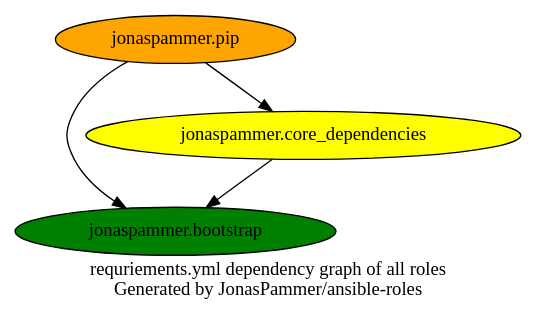
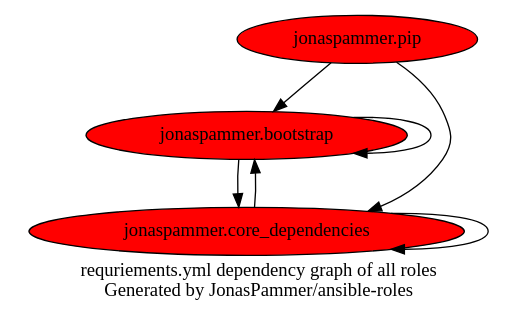
One commit to JonasPammer/ansible-roles changed the diagram in graphs/dependencies_ALL.dot. Above: the diagram before and after it, drawn with Graphviz.

Commit message:
chore: re-generate

```diff
--- a/graphs/dependencies_ALL.dot
+++ b/graphs/dependencies_ALL.dot
@@ -1,17 +1,18 @@
 digraph hierarchy {
   label = "requriements.yml dependency graph of all roles \n Generated by JonasPammer/ansible-roles" ;
 
   {
 
-    "jonaspammer.bootstrap" [fillcolor=green style=filled]
+    "jonaspammer.bootstrap" [fillcolor=red style=filled]
 
-    "jonaspammer.core_dependencies" [fillcolor=yellow style=filled]
+    "jonaspammer.core_dependencies" [fillcolor=red style=filled]
 
-    "jonaspammer.pip" [fillcolor=orange style=filled]
+    "jonaspammer.pip" [fillcolor=red style=filled]
 
   }
 
 
-  "jonaspammer.core_dependencies" -> {"jonaspammer.bootstrap"}
-  "jonaspammer.pip" -> {"jonaspammer.bootstrap" "jonaspammer.core_dependencies"}
+  "jonaspammer.bootstrap" -> {"jonaspammer.bootstrap" "jonaspammer.bootstrap" "jonaspammer.core_dependencies"}
+  "jonaspammer.core_dependencies" -> {"jonaspammer.bootstrap" "jonaspammer.bootstrap" "jonaspammer.core_dependencies"}
+  "jonaspammer.pip" -> {"jonaspammer.bootstrap" "jonaspammer.bootstrap" "jonaspammer.core_dependencies"}
 }
```
